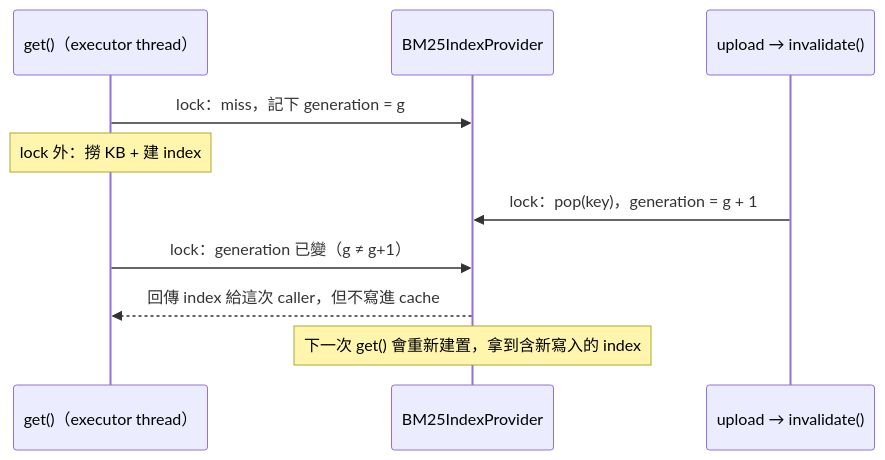
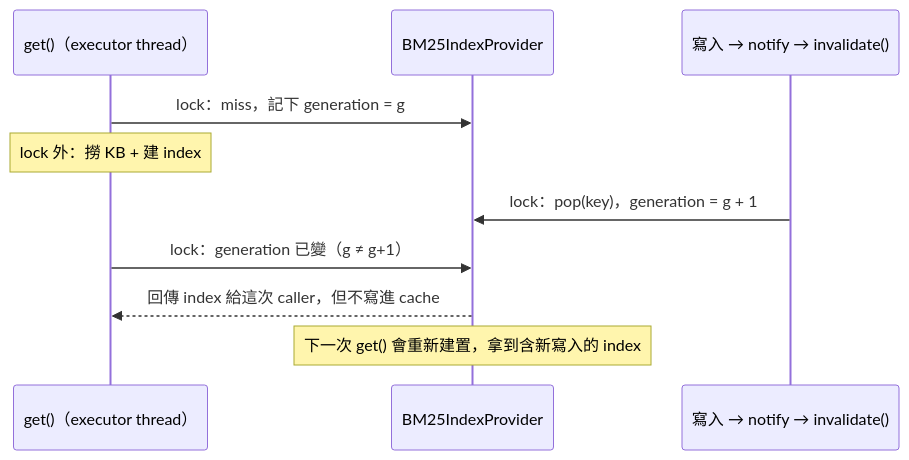
Before and after one commit to jltz1207/LoginFastapi: the sixth of 9 diagrams in docs/vectorstore/vectorstore-retriever-structure-20261009.md, drawn with Mermaid. The commit also changed other lines of this file and 11 other files, not shown here.

````diff
--- a/docs/vectorstore/vectorstore-retriever-structure-20261009.md
+++ b/docs/vectorstore/vectorstore-retriever-structure-20261009.md
@@ -328,13 +334,13 @@
 ```mermaid
 sequenceDiagram
     participant Q as get()（executor thread）
     participant P as BM25IndexProvider
-    participant U as upload → invalidate()
+    participant U as 寫入 → notify → invalidate()
 
     Q->>P: lock：miss，記下 generation = g
     Note over Q: lock 外：撈 KB + 建 index
     U->>P: lock：pop(key)，generation = g + 1
     Q->>P: lock：generation 已變（g ≠ g+1）
     P-->>Q: 回傳 index 給這次 caller，但不寫進 cache
     Note over P: 下一次 get() 會重新建置，拿到含新寫入的 index
 ```
````
